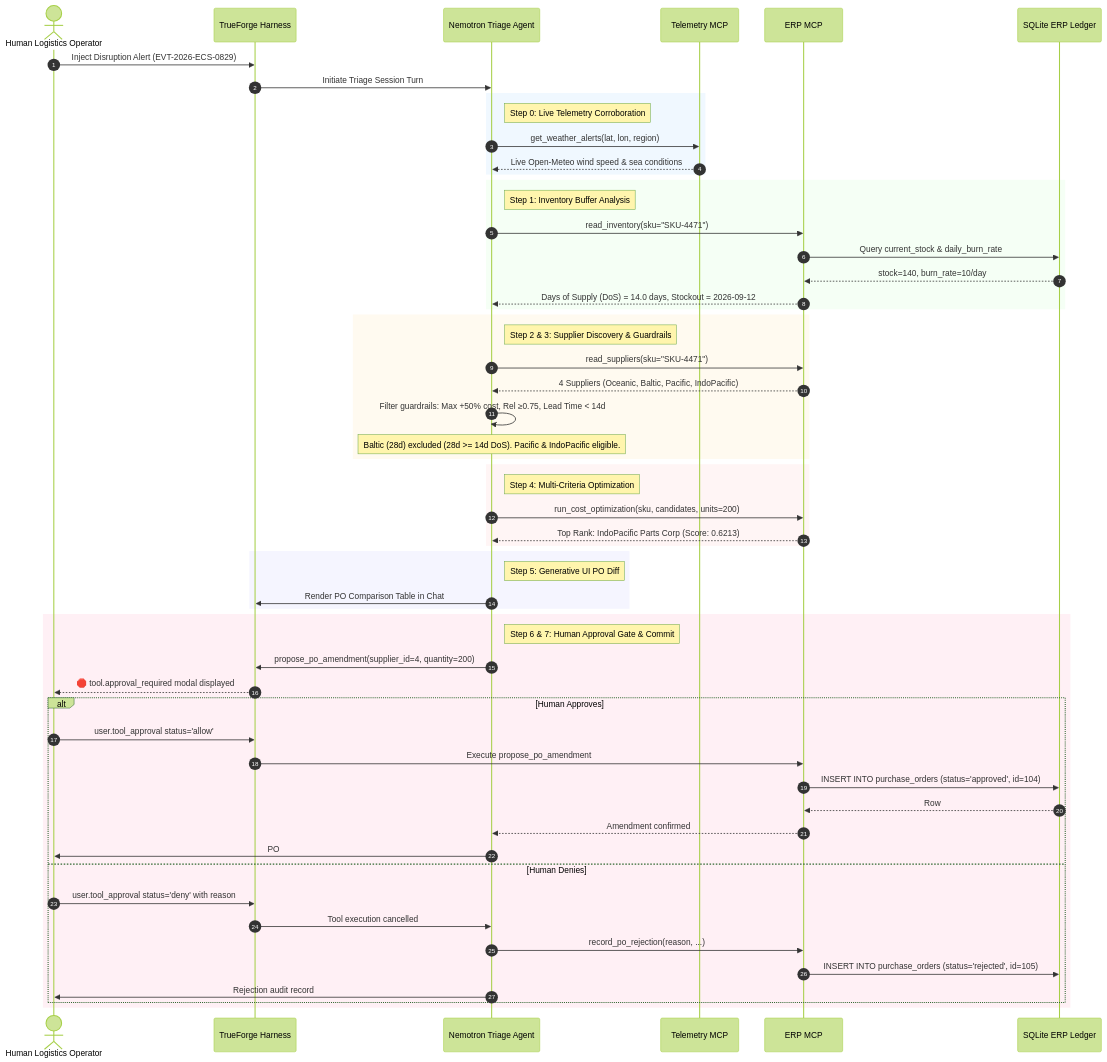
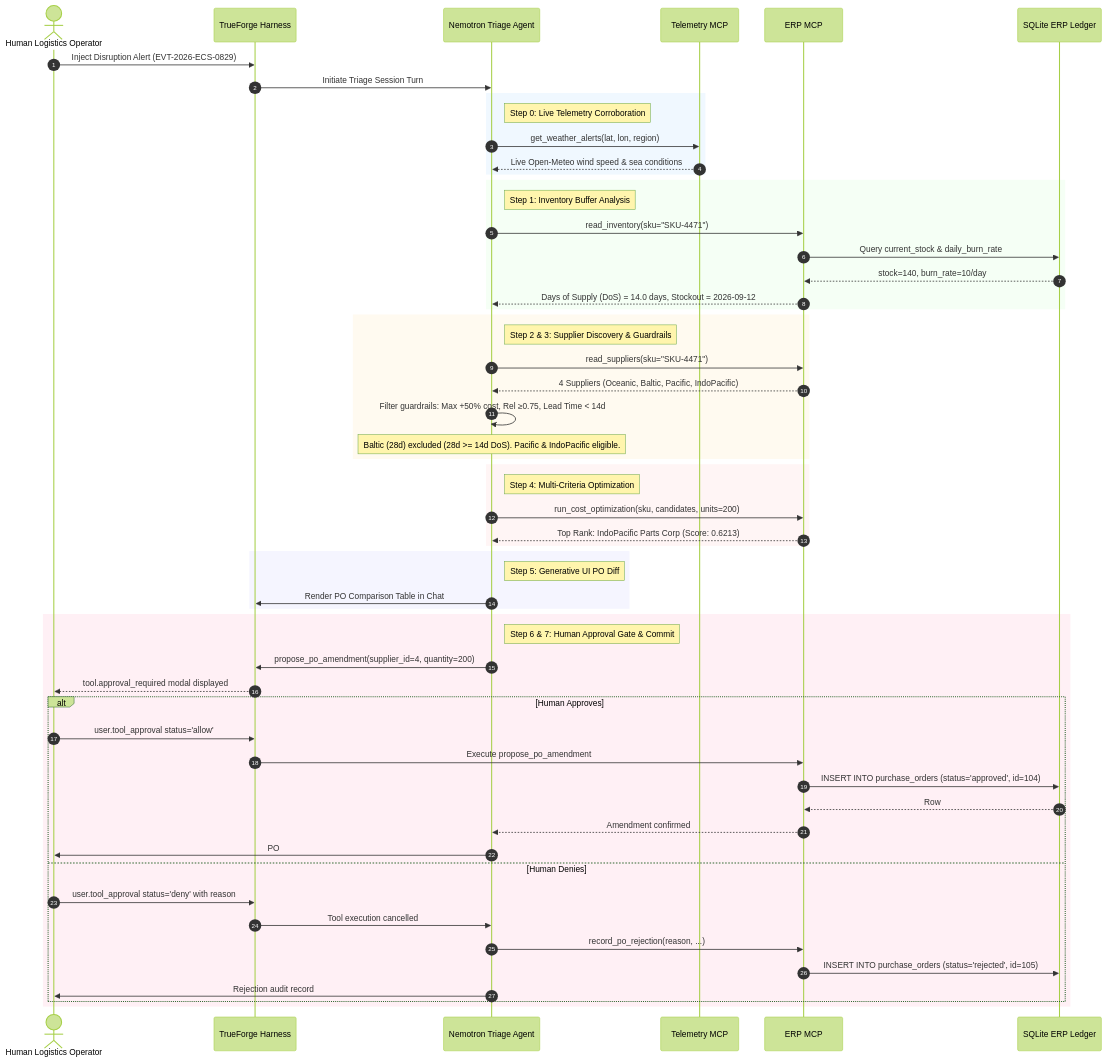
One commit to ansuman-satapathy/reroute-lg changed the second of 2 diagrams in README.md. Above: the diagram before and after it, drawn with Mermaid (forest theme). The commit also changed other lines of this file and 1 other file, not shown here.

````diff
--- a/README.md
+++ b/README.md
@@ -89,66 +91,66 @@
 ```mermaid
 sequenceDiagram
     autonumber
     actor Operator as Human Logistics Operator
     participant TF as TrueForge Harness
     participant Agent as Nemotron Triage Agent
     participant Telemetry as Telemetry MCP
     participant ERP as ERP MCP
     participant DB as SQLite ERP Ledger
 
     Operator->>TF: Inject Disruption Alert (EVT-2026-ECS-0829)
     TF->>Agent: Initiate Triage Session Turn
     
     rect rgb(240, 248, 255)
     note right of Agent: Step 0: Live Telemetry Corroboration
     Agent->>Telemetry: get_weather_alerts(lat, lon, region)
     Telemetry-->>Agent: Live Open-Meteo wind speed & sea conditions
     end
 
     rect rgb(245, 255, 245)
     note right of Agent: Step 1: Inventory Buffer Analysis
     Agent->>ERP: read_inventory(sku="SKU-4471")
     ERP->>DB: Query current_stock & daily_burn_rate
     DB-->>ERP: stock=140, burn_rate=10/day
     ERP-->>Agent: Days of Supply (DoS) = 14.0 days, Stockout = 2026-09-12
     end
 
     rect rgb(255, 250, 240)
     note right of Agent: Step 2 & 3: Supplier Discovery & Guardrails
     Agent->>ERP: read_suppliers(sku="SKU-4471")
     ERP-->>Agent: 4 Suppliers (Oceanic, Baltic, Pacific, IndoPacific)
     Agent->>Agent: Filter guardrails: Max +50% cost, Rel ≥0.75, Lead Time < 14d
     note over Agent: Baltic (28d) excluded (28d >= 14d DoS). Pacific & IndoPacific eligible.
     end
 
     rect rgb(255, 245, 245)
     note right of Agent: Step 4: Multi-Criteria Optimization
     Agent->>ERP: run_cost_optimization(sku, candidates, units=200)
     ERP-->>Agent: Top Rank: IndoPacific Parts Corp (Score: 0.6213)
     end
 
     rect rgb(245, 245, 255)
     note right of Agent: Step 5: Generative UI PO Diff
     Agent->>TF: Render PO Comparison Table in Chat
     end
 
     rect rgb(255, 240, 245)
     note right of Agent: Step 6 & 7: Human Approval Gate & Commit
     Agent->>TF: propose_po_amendment(supplier_id=4, quantity=200)
-    TF-->>Operator: 🛑 tool.approval_required modal displayed
+    TF-->>Operator: tool.approval_required modal displayed
     alt Human Approves
         Operator->>TF: user.tool_approval status='allow'
         TF->>ERP: Execute propose_po_amendment
         ERP->>DB: INSERT INTO purchase_orders (status='approved', id=104)
         DB-->>ERP: Row #104 created
         ERP-->>Agent: Amendment confirmed
         Agent->>Operator: PO #104 committed successfully
     else Human Denies
         Operator->>TF: user.tool_approval status='deny' with reason
         TF->>Agent: Tool execution cancelled
         Agent->>ERP: record_po_rejection(reason, ...)
         ERP->>DB: INSERT INTO purchase_orders (status='rejected', id=105)
         Agent->>Operator: Rejection audit record #105 logged
     end
     end
 ```
````
